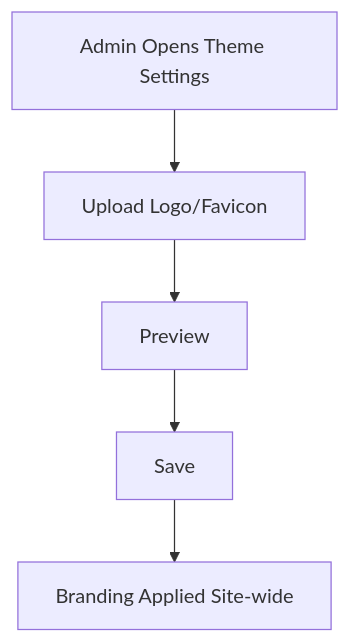
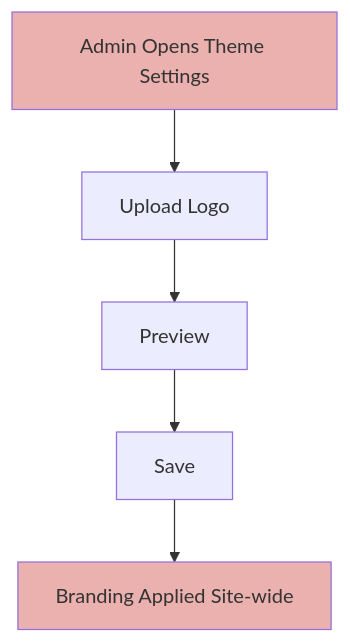
Before and after one commit to salmanb74-dev/ntg-ticket: the fourth of 7 diagrams in NTG-Ticket-User Guide.md, drawn with Mermaid. The commit also changed other lines of this file, not shown here.

````diff
--- a/NTG-Ticket-User Guide.md
+++ b/NTG-Ticket-User Guide.md
@@ -181,7 +183,9 @@
 ```mermaid
 flowchart TD
-    A[Admin Opens Theme Settings] --> B[Upload Logo/Favicon]
+    A[Admin Opens Theme Settings] --> B[Upload Logo]
     B --> C[Preview]
     C --> D[Save]
     D --> E[Branding Applied Site-wide]
+    style A fill:#EAB1AE
+    style E fill:#EAB1AE
 ```
````
